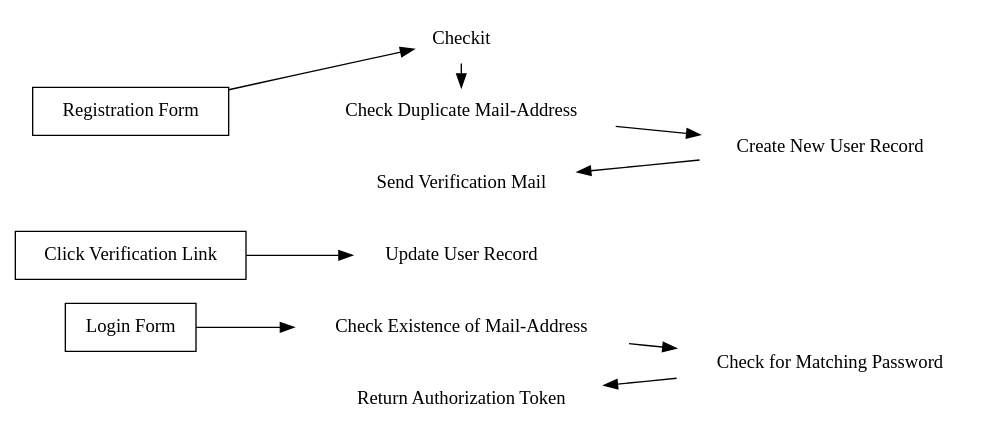
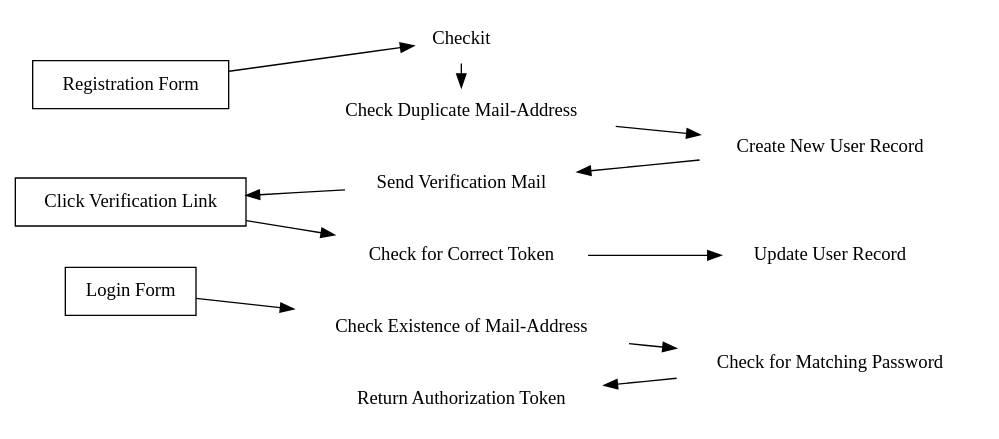
The diagram in src/illustrations/auth-workflow.dot (killercup/ef-bericht), drawn with Graphviz before and after one commit. The commit also changed 7 other files, not shown here.

```diff
--- a/src/illustrations/auth-workflow.dot
+++ b/src/illustrations/auth-workflow.dot
@@ -1,39 +1,43 @@
 digraph "Authorization Workflow" {
   node [shape=plaintext];
   rankdir = LR;
 
   // Registration Workflow
   "Registration Form" -> "Checkit" -> "Check Duplicate Mail-Address" -> "Create New User Record" -> "Send Verification Mail";
 
-  "Click Verification Link" -> "Update User Record";
+  "Send Verification Mail" -> "Click Verification Link";
+
+  "Click Verification Link" -> "Check for Correct Token" -> "Update User Record";
 
   "Login Form" -> "Check Existence of Mail-Address" -> "Check for Matching Password" -> "Return Authorization Token";
 
   {
     // Client
     rank = same;
     "Registration Form" [shape=rectangle];
     "Click Verification Link" [shape=rectangle];
     "Login Form" [shape=rectangle];
 
     edge [style=invis];
     "Registration Form" -> "Click Verification Link" -> "Login Form";
   }
 
   {
     // Server
     rank = same;
     "Checkit";
     "Check Duplicate Mail-Address";
     "Check Existence of Mail-Address";
     "Send Verification Mail";
+    "Check for Correct Token"
     "Return Authorization Token";
   }
 
   {
     // DB
     rank = same;
     "Create New User Record";
+    "Update User Record"
     "Check for Matching Password";
   }
 }
```
